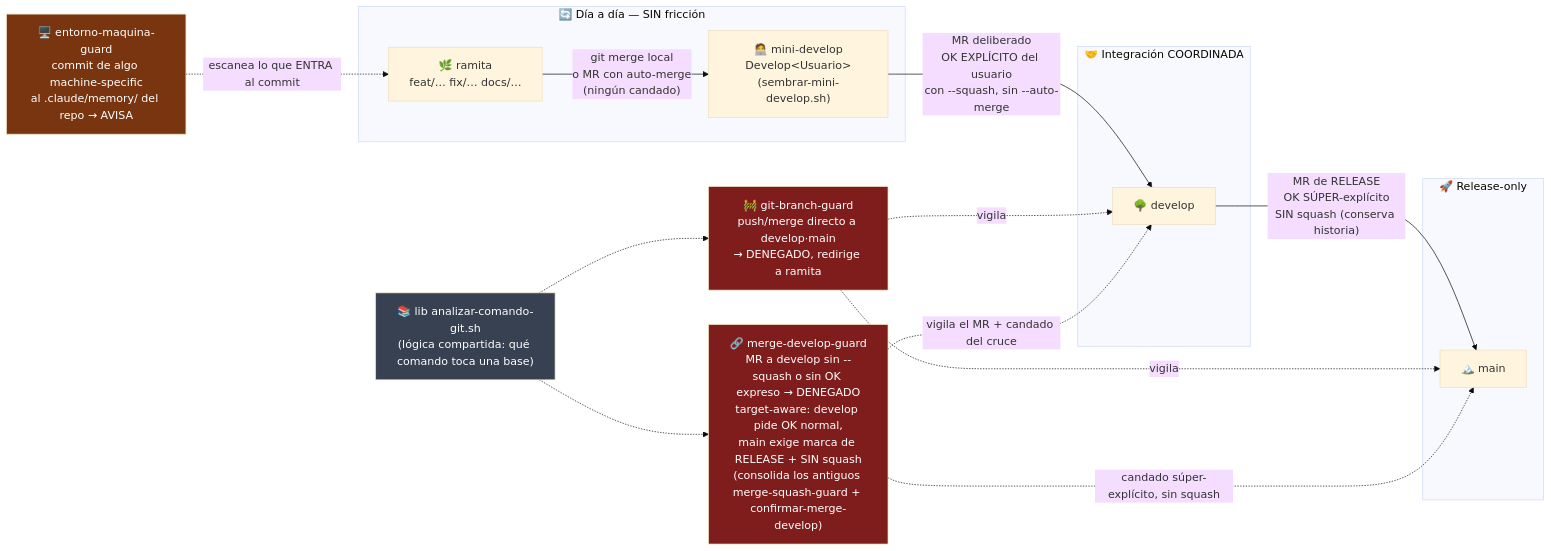
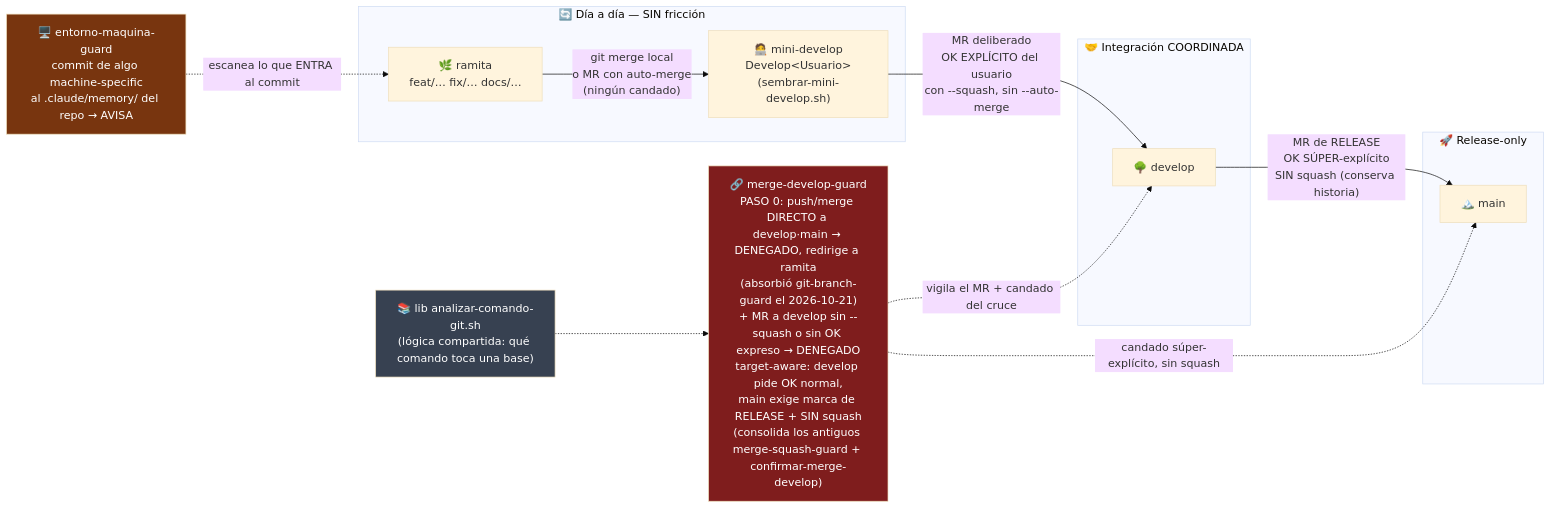
Before and after one commit to unjordi/cortex: the first of 4 diagrams in docs/mapa-cerebro.md, drawn with Mermaid (base theme). The commit also changed other lines of this file and 56 other files, not shown here.

````diff
--- a/docs/mapa-cerebro.md
+++ b/docs/mapa-cerebro.md
@@ -24,37 +24,32 @@
 ```mermaid
 flowchart LR
     subgraph dia["🔄 Día a día — SIN fricción"]
         RAMITA["🌿 ramita<br/>feat/… fix/… docs/…"]
         MINI["🧑‍💻 mini-develop<br/>Develop&lt;Usuario&gt;<br/>(sembrar-mini-develop.sh)"]
         RAMITA -->|"git merge local<br/>o MR con auto-merge<br/>(ningún candado)"| MINI
     end
 
     subgraph coordinado["🤝 Integración COORDINADA"]
         DEVELOP["🌳 develop"]
     end
 
     subgraph release["🚀 Release-only"]
         MAIN["🏔️ main"]
     end
 
     MINI -->|"MR deliberado<br/>OK EXPLÍCITO del usuario<br/>con --squash, sin --auto-merge"| DEVELOP
     DEVELOP -->|"MR de RELEASE<br/>OK SÚPER-explícito<br/>SIN squash (conserva historia)"| MAIN
 
-    GBG["🚧 git-branch-guard<br/>push/merge directo a develop·main<br/>→ DENEGADO, redirige a ramita"]
-    MDG["🔗 merge-develop-guard<br/>MR a develop sin --squash o sin OK expreso → DENEGADO<br/>target-aware: develop pide OK normal,<br/>main exige marca de RELEASE + SIN squash<br/>(consolida los antiguos merge-squash-guard + confirmar-merge-develop)"]
+    MDG["🔗 merge-develop-guard<br/>PASO 0: push/merge DIRECTO a develop·main → DENEGADO, redirige a ramita<br/>(absorbió git-branch-guard el 2026-10-21)<br/>+ MR a develop sin --squash o sin OK expreso → DENEGADO<br/>target-aware: develop pide OK normal,<br/>main exige marca de RELEASE + SIN squash<br/>(consolida los antiguos merge-squash-guard + confirmar-merge-develop)"]
     EMG["🖥️ entorno-maquina-guard<br/>commit de algo machine-specific<br/>al .claude/memory/ del repo → AVISA"]
     LIB["📚 lib analizar-comando-git.sh<br/>(lógica compartida: qué comando toca una base)"]
 
-    GBG -.->|vigila| DEVELOP
-    GBG -.->|vigila| MAIN
     MDG -.->|vigila el MR + candado del cruce| DEVELOP
     MDG -.->|candado súper-explícito, sin squash| MAIN
     EMG -.->|escanea lo que ENTRA al commit| RAMITA
-    LIB -.-> GBG
     LIB -.-> MDG
 
-    style GBG fill:#7f1d1d,color:#fff
     style MDG fill:#7f1d1d,color:#fff
     style EMG fill:#78350f,color:#fff
     style LIB fill:#374151,color:#fff
 ```
````
